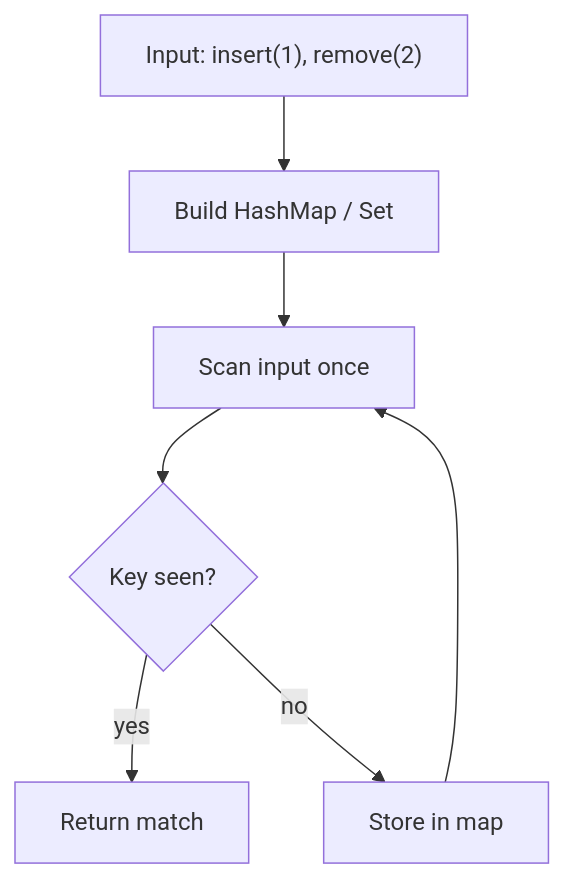
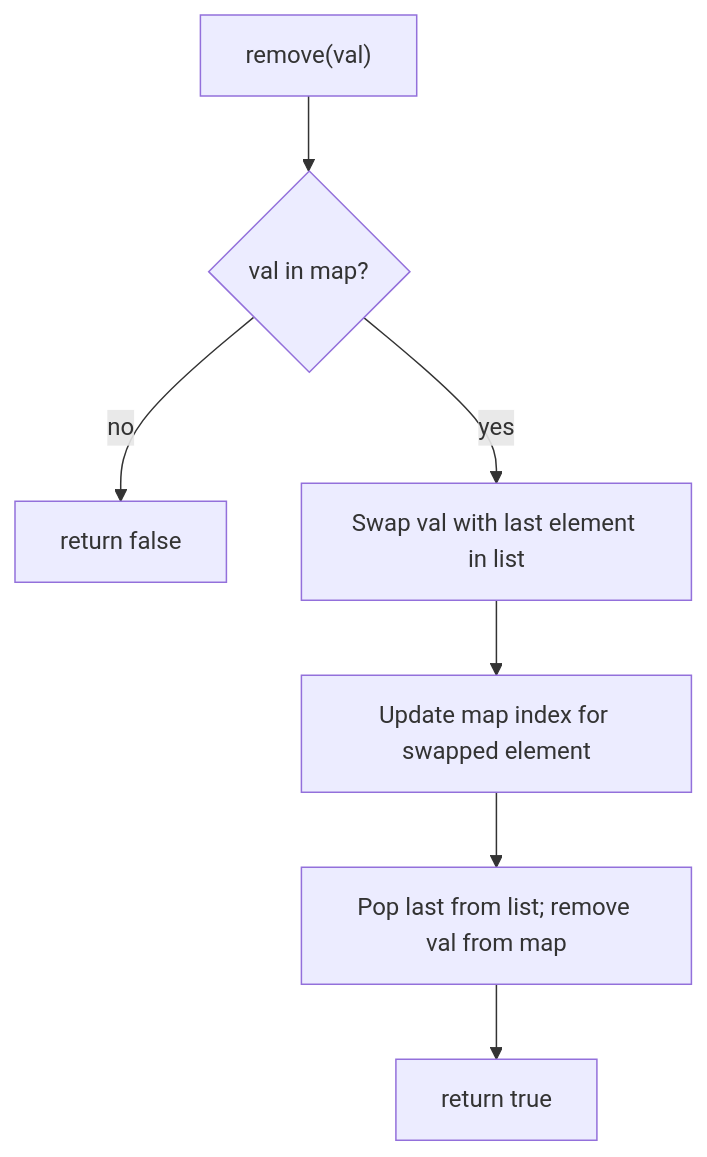
One commit to Strangedip/PREP changed the first of 2 diagrams in 02_DSA/17_Advanced_Miscellaneous/RandomizedSet/RandomizedSet.md. Above: the diagram before and after it, drawn with Mermaid. The commit also changed other lines of this file and 55 other files, not shown here.

````diff
--- a/02_DSA/17_Advanced_Miscellaneous/RandomizedSet/RandomizedSet.md
+++ b/02_DSA/17_Advanced_Miscellaneous/RandomizedSet/RandomizedSet.md
@@ -54,10 +62,10 @@
 ```mermaid
 flowchart TD
-    START["Input: insert(1), remove(2)"]
-    START --> BUILD["Build HashMap / Set"]
-    BUILD --> SCAN["Scan input once"]
-    SCAN --> LOOKUP{"Key seen?"}
-    LOOKUP -->|yes| FOUND["Return match"]
-    LOOKUP -->|no| STORE["Store in map"]
-    STORE --> SCAN
+    REM["remove(val)"]
+    REM --> HAS{"val in map?"}
+    HAS -->|no| FALSE["return false"]
+    HAS -->|yes| SWAP["Swap val with last element in list"]
+    SWAP --> UPD["Update map index for swapped element"]
+    UPD --> POP["Pop last from list; remove val from map"]
+    POP --> TRUE["return true"]
 ```
````
